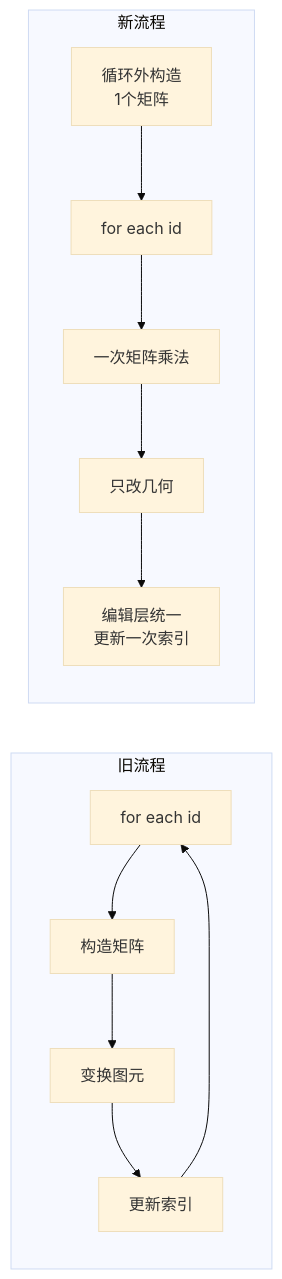
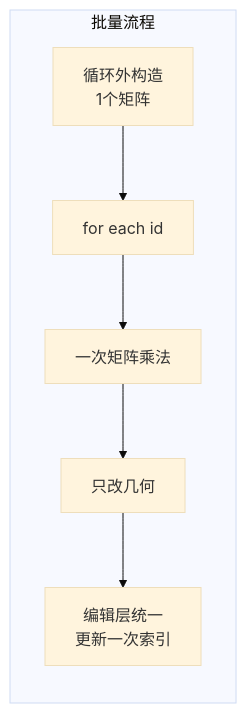
The second of 3 diagrams in Docs/02-变换与交互/图元操作批处理与UI刷新机制.md (yulinxx/CAD), drawn with Mermaid (base theme) before and after one commit. The commit also changed other lines of this file and 51 other files, not shown here.

````diff
--- a/Docs/02-变换与交互/图元操作批处理与UI刷新机制.md
+++ b/Docs/02-变换与交互/图元操作批处理与UI刷新机制.md
@@ -55,16 +55,9 @@
 ```mermaid
 flowchart LR
-    subgraph 旧流程
-        A1[for each id] --> A2[构造矩阵]
-        A2 --> A3[变换图元]
-        A3 --> A4[更新索引]
-        A4 --> A1
-    end
-
-    subgraph 新流程
+    subgraph 批量流程
         B1[循环外构造<br/>1个矩阵] --> B2[for each id]
         B2 --> B3[一次矩阵乘法]
         B3 --> B4[只改几何]
         B4 --> B5[编辑层统一<br/>更新一次索引]
     end
 ```
````
